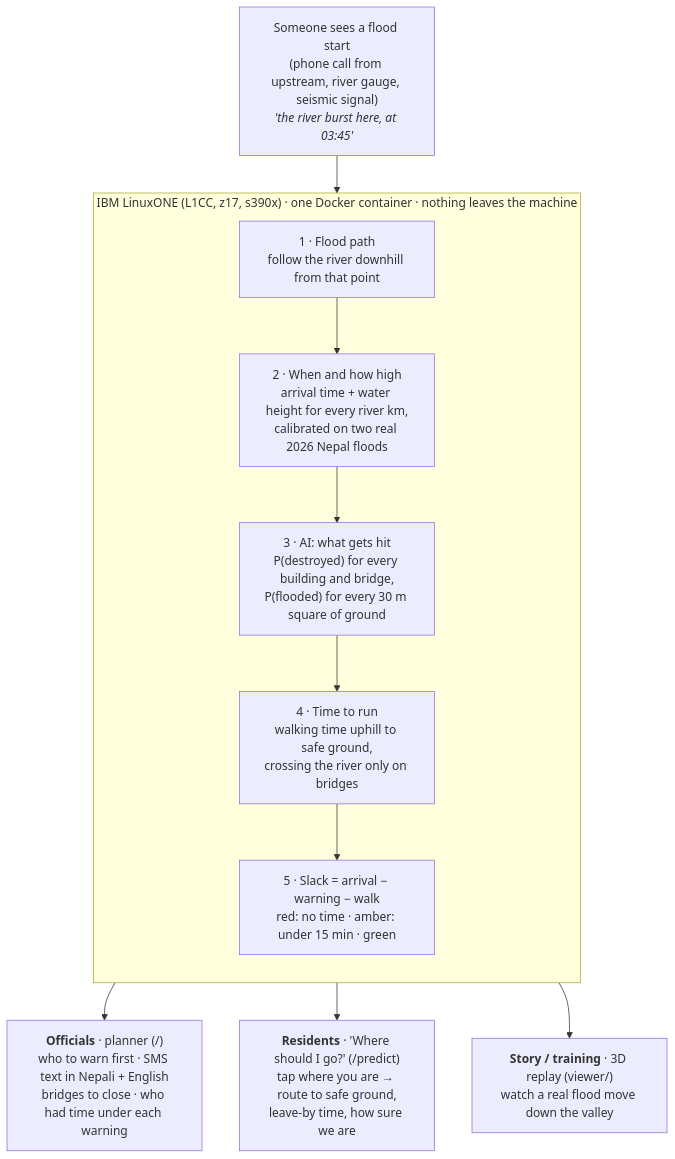
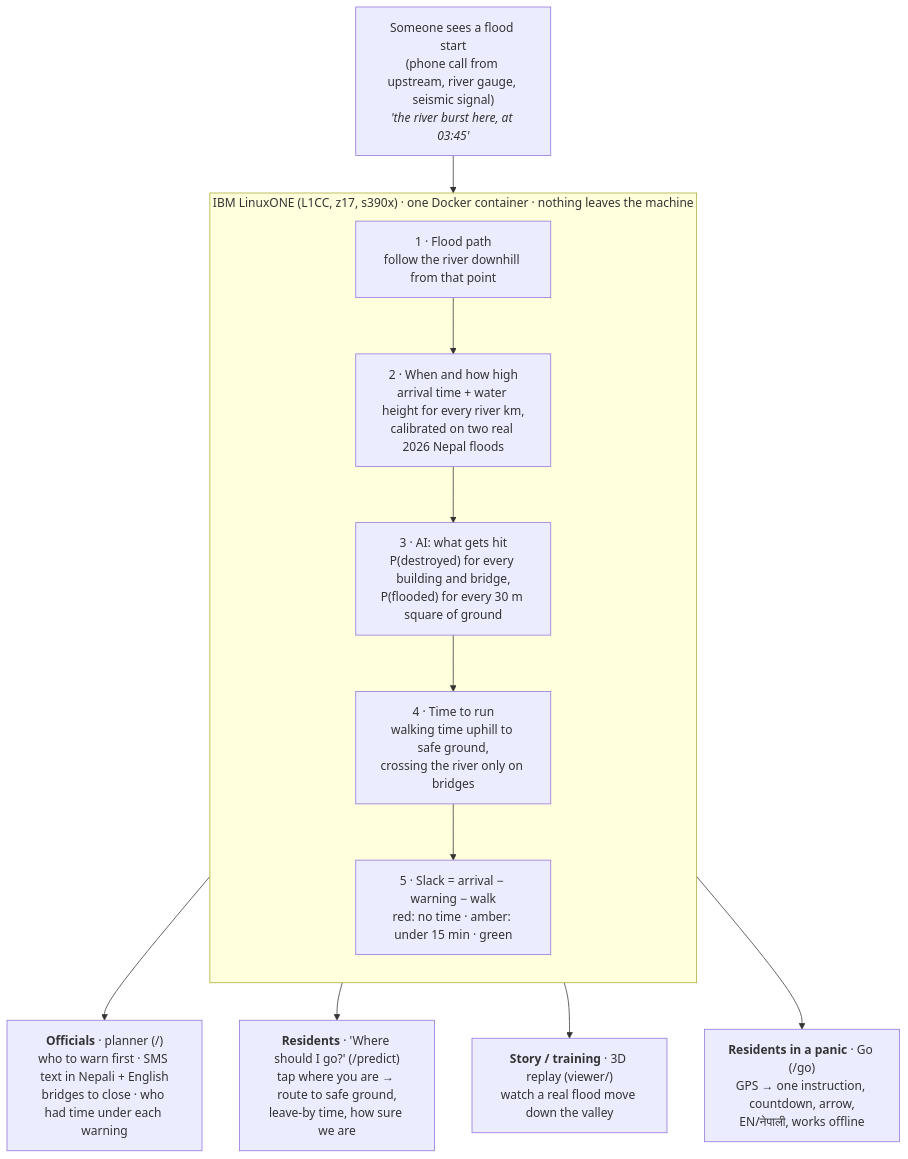
Before and after one commit to larubiano0/evac-ai: the first of 2 diagrams in docs/architecture.md, drawn with Mermaid. The commit also changed other lines of this file and 7 other files, not shown here.

Commit message:
[agent-aayush-go] architecture page + 6 PNG figures (docs/architecture.html, docs/figures/), /go in the mermaid diagrams

````diff
--- a/docs/architecture.md
+++ b/docs/architecture.md
@@ -8,19 +17,20 @@
 ```mermaid
 flowchart TB
   SEE["Someone sees a flood start<br/>(phone call from upstream, river gauge, seismic signal)<br/><i>'the river burst here, at 03:45'</i>"]
 
   subgraph Z["IBM LinuxONE (L1CC, z17, s390x) · one Docker container · nothing leaves the machine"]
     direction TB
     P1["1 · Flood path<br/>follow the river downhill from that point"]
     P2["2 · When and how high<br/>arrival time + water height for every river km,<br/>calibrated on two real 2026 Nepal floods"]
     P3["3 · AI: what gets hit<br/>P(destroyed) for every building and bridge,<br/>P(flooded) for every 30 m square of ground"]
     P4["4 · Time to run<br/>walking time uphill to safe ground,<br/>crossing the river only on bridges"]
     P5["5 · Slack = arrival − warning − walk<br/>red: no time · amber: under 15 min · green"]
     P1 --> P2 --> P3 --> P4 --> P5
   end
 
   SEE --> P1
   P5 --> OFF["<b>Officials</b> · planner (/)<br/>who to warn first · SMS text in Nepali + English<br/>bridges to close · who had time under each warning"]
   P5 --> RES["<b>Residents</b> · 'Where should I go?' (/predict)<br/>tap where you are → route to safe ground,<br/>leave-by time, how sure we are"]
   P5 --> REP["<b>Story / training</b> · 3D replay (viewer/)<br/>watch a real flood move down the valley"]
+  P5 --> GO["<b>Residents in a panic</b> · Go (/go)<br/>GPS → one instruction, countdown, arrow,<br/>EN/नेपाली, works offline"]
 ```
````
